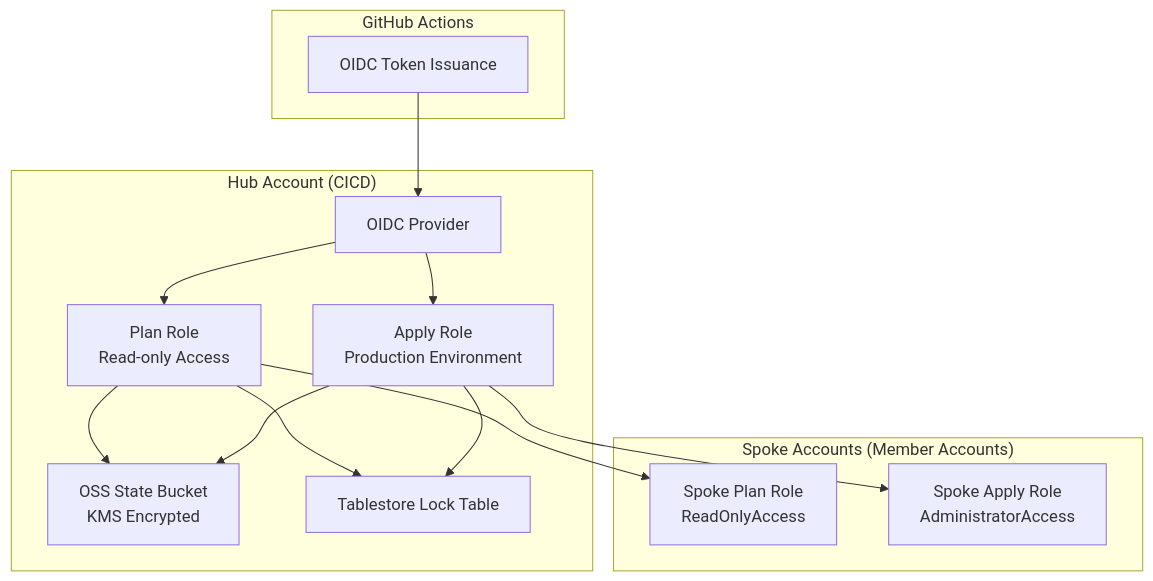
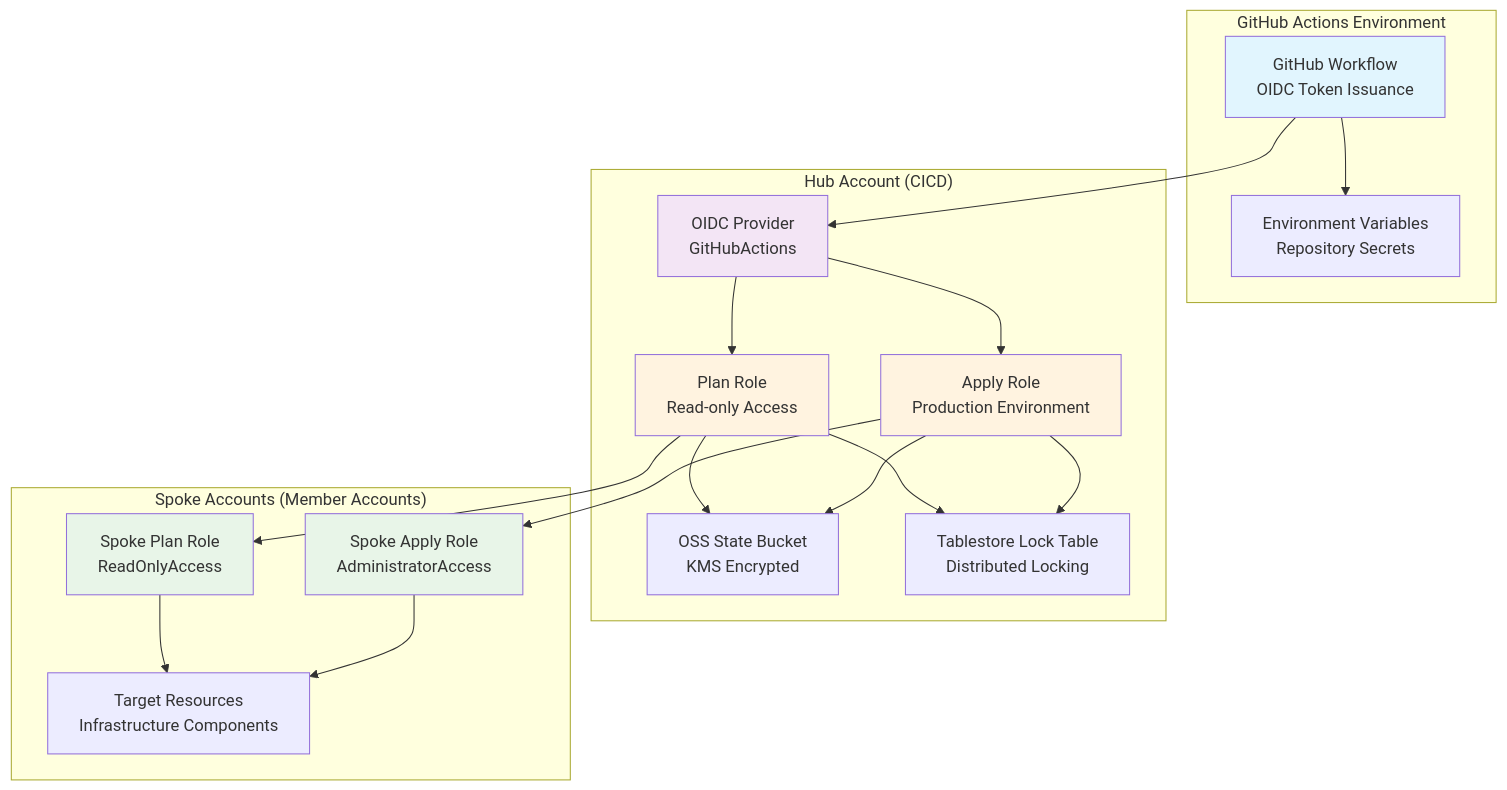
The first of 2 diagrams in .qoder/repowiki/en/content/Project Overview.md (AlibabaCloudLandingZone/alibabacloud-landingzone-accelerator-github-demo), drawn with Mermaid before and after one commit. The commit also changed other lines of this file and 34 other files, not shown here.

````diff
--- a/.qoder/repowiki/en/content/Project Overview.md
+++ b/.qoder/repowiki/en/content/Project Overview.md
@@ -43,26 +43,37 @@
 ```mermaid
 graph TB
-subgraph "GitHub Actions"
-GH["OIDC Token Issuance"]
+subgraph "GitHub Actions Environment"
+GH["GitHub Workflow<br/>OIDC Token Issuance"]
+ENV["Environment Variables<br/>Repository Secrets"]
 end
 subgraph "Hub Account (CICD)"
-OIDC["OIDC Provider"]
-PLAN["Plan Role<br/>Read-only Access"]
-APPLY["Apply Role<br/>Production Environment"]
-OSS["OSS State Bucket<br/>KMS Encrypted"]
-OTS["Tablestore Lock Table"]
+OIDC["OIDC Provider<br/>GitHubActions"]
+PLAN_ROLE["Plan Role<br/>Read-only Access"]
+APPLY_ROLE["Apply Role<br/>Production Environment"]
+OSS_BUCKET["OSS State Bucket<br/>KMS Encrypted"]
+TABLESTORE["Tablestore Lock Table<br/>Distributed Locking"]
 end
 subgraph "Spoke Accounts (Member Accounts)"
-SPL["Spoke Plan Role<br/>ReadOnlyAccess"]
-SPA["Spoke Apply Role<br/>AdministratorAccess"]
+SPOKE_PLAN["Spoke Plan Role<br/>ReadOnlyAccess"]
+SPOKE_APPLY["Spoke Apply Role<br/>AdministratorAccess"]
+RESOURCES["Target Resources<br/>Infrastructure Components"]
 end
 GH --> OIDC
-OIDC --> PLAN
-OIDC --> APPLY
-PLAN --> SPL
-APPLY --> SPA
-PLAN --> OSS
-APPLY --> OSS
-PLAN --> OTS
-APPLY --> OTS
+GH --> ENV
+OIDC --> PLAN_ROLE
+OIDC --> APPLY_ROLE
+PLAN_ROLE --> SPOKE_PLAN
+APPLY_ROLE --> SPOKE_APPLY
+PLAN_ROLE --> OSS_BUCKET
+APPLY_ROLE --> OSS_BUCKET
+PLAN_ROLE --> TABLESTORE
+APPLY_ROLE --> TABLESTORE
+SPOKE_PLAN --> RESOURCES
+SPOKE_APPLY --> RESOURCES
+style GH fill:#e1f5fe
+style OIDC fill:#f3e5f5
+style PLAN_ROLE fill:#fff3e0
+style APPLY_ROLE fill:#fff3e0
+style SPOKE_PLAN fill:#e8f5e8
+style SPOKE_APPLY fill:#e8f5e8
 ```
````
